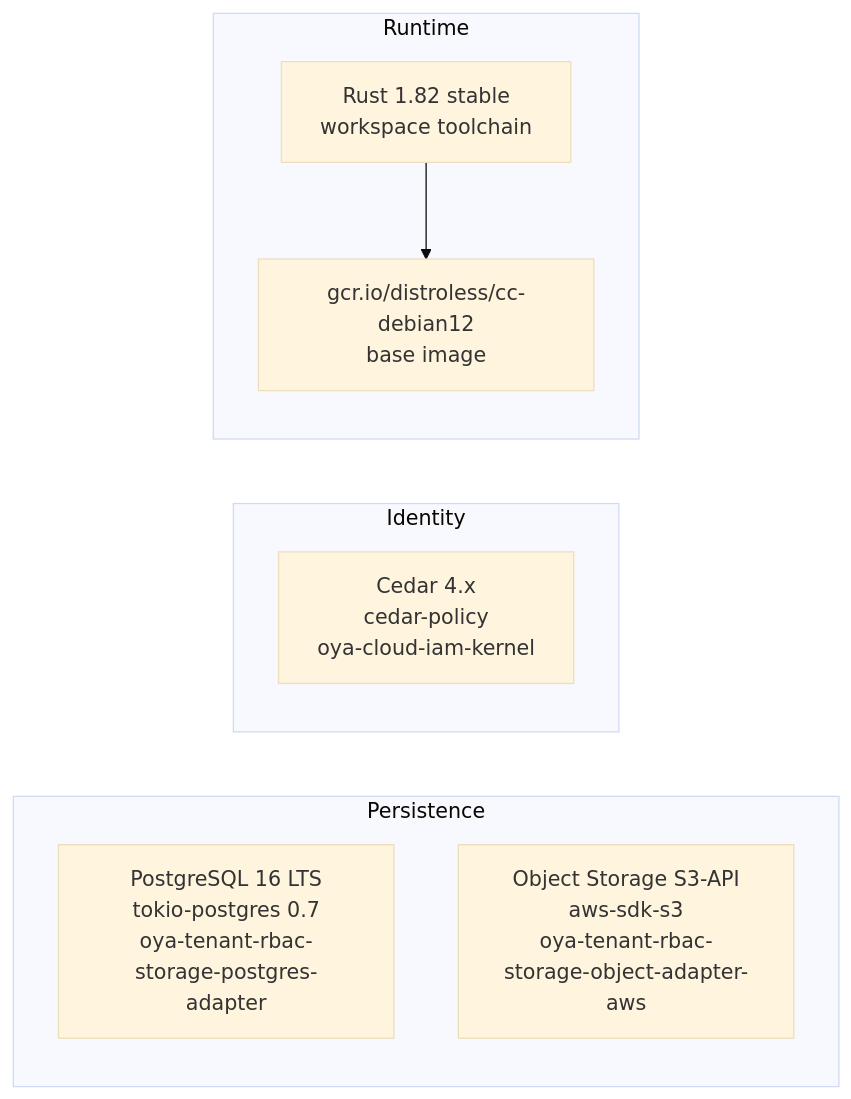
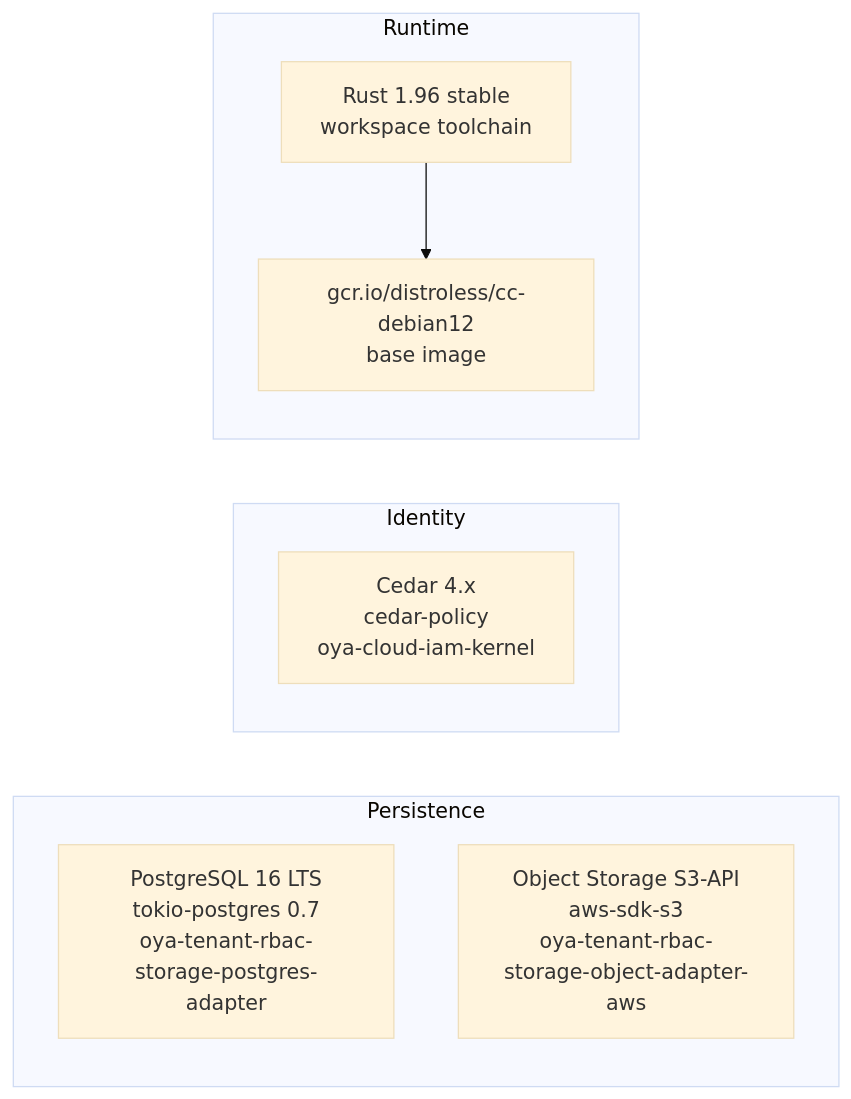
One commit to oyatie/oyatie changed the diagram in docs/automation/tech-stack-map-spec.md. Above: the diagram before and after it, drawn with Mermaid (base theme). The commit also changed 99 other files, not shown here.

Commit message:
chore(rust): bump workspace toolchain to 1.96.0

````diff
--- a/docs/automation/tech-stack-map-spec.md
+++ b/docs/automation/tech-stack-map-spec.md
@@ -61,15 +61,15 @@
 ```mermaid
 graph LR
   subgraph "Persistence"
     pg["PostgreSQL 16 LTS<br/>tokio-postgres 0.7<br/>oya-tenant-rbac-storage-postgres-adapter"]
     obj["Object Storage S3-API<br/>aws-sdk-s3<br/>oya-tenant-rbac-storage-object-adapter-aws"]
   end
   subgraph "Identity"
     cedar["Cedar 4.x<br/>cedar-policy<br/>oya-cloud-iam-kernel"]
   end
   subgraph "Runtime"
-    rust["Rust 1.82 stable<br/>workspace toolchain"]
+    rust["Rust 1.96 stable<br/>workspace toolchain"]
     distroless["gcr.io/distroless/cc-debian12<br/>base image"]
   end
   rust --> distroless
 ```
````
